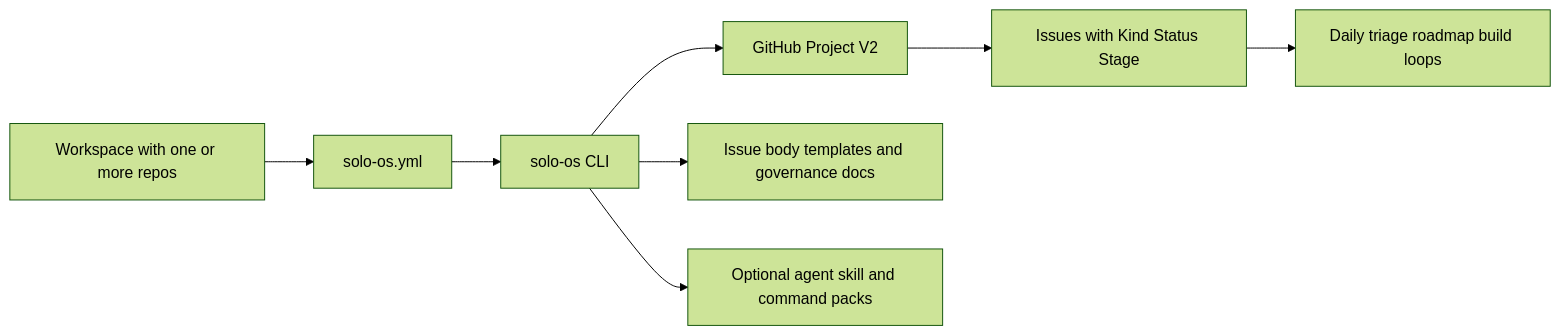
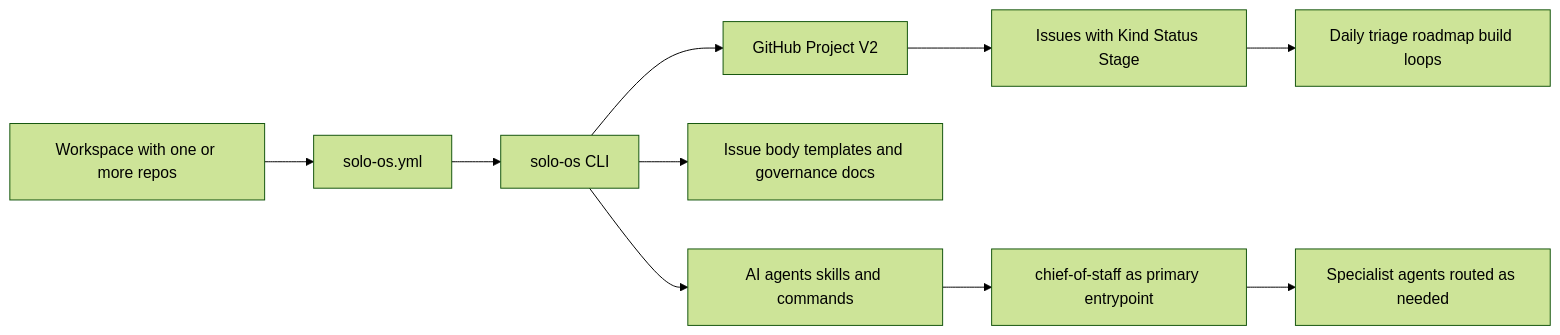
One commit to ScoopedOutStudios/solo-os changed the diagram in README.md. Above: the diagram before and after it, drawn with Mermaid (forest theme). The commit also changed other lines of this file and 29 other files, not shown here.

````diff
--- a/README.md
+++ b/README.md
@@ -28,10 +153,12 @@
 ```mermaid
 flowchart LR
     A[Workspace with one or more repos] --> B[solo-os.yml]
     B --> C[solo-os CLI]
     C --> D[GitHub Project V2]
     D --> E[Issues with Kind Status Stage]
     C --> F[Issue body templates and governance docs]
-    C --> G[Optional agent skill and command packs]
-    E --> H[Daily triage roadmap build loops]
+    C --> G[AI agents skills and commands]
+    G --> H[chief-of-staff as primary entrypoint]
+    H --> I[Specialist agents routed as needed]
+    E --> J[Daily triage roadmap build loops]
 ```
````
